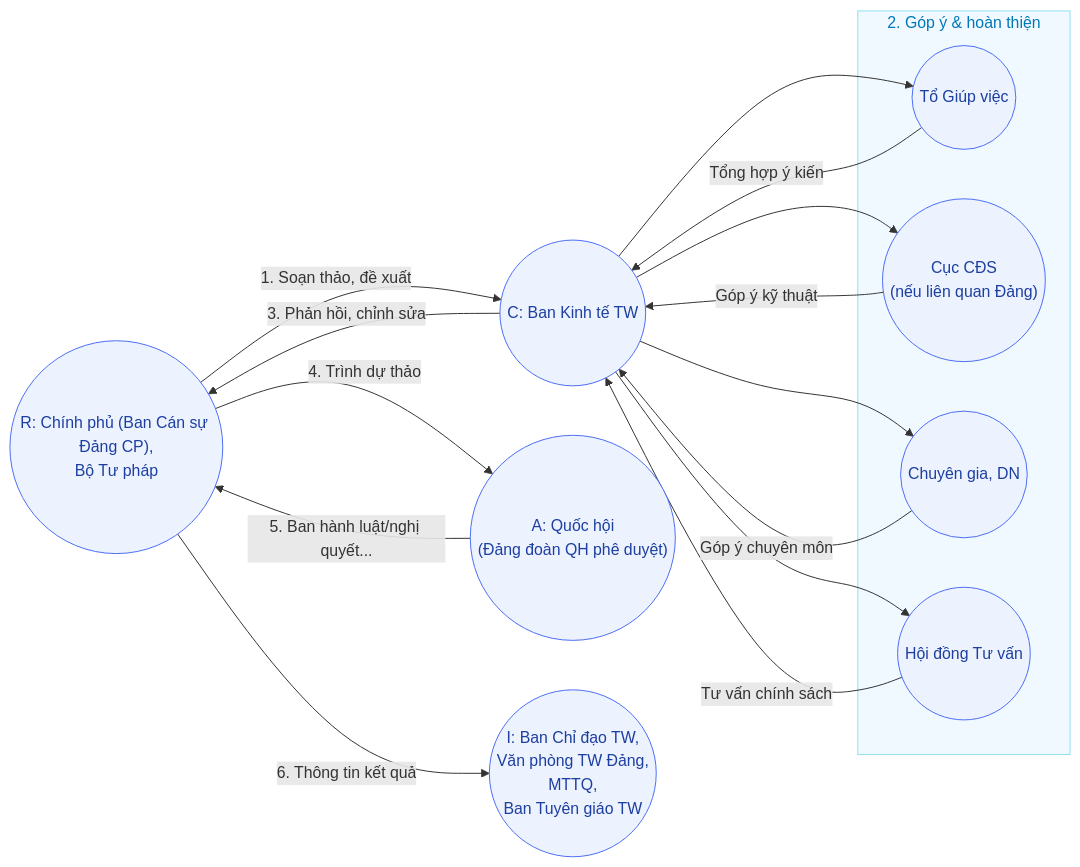
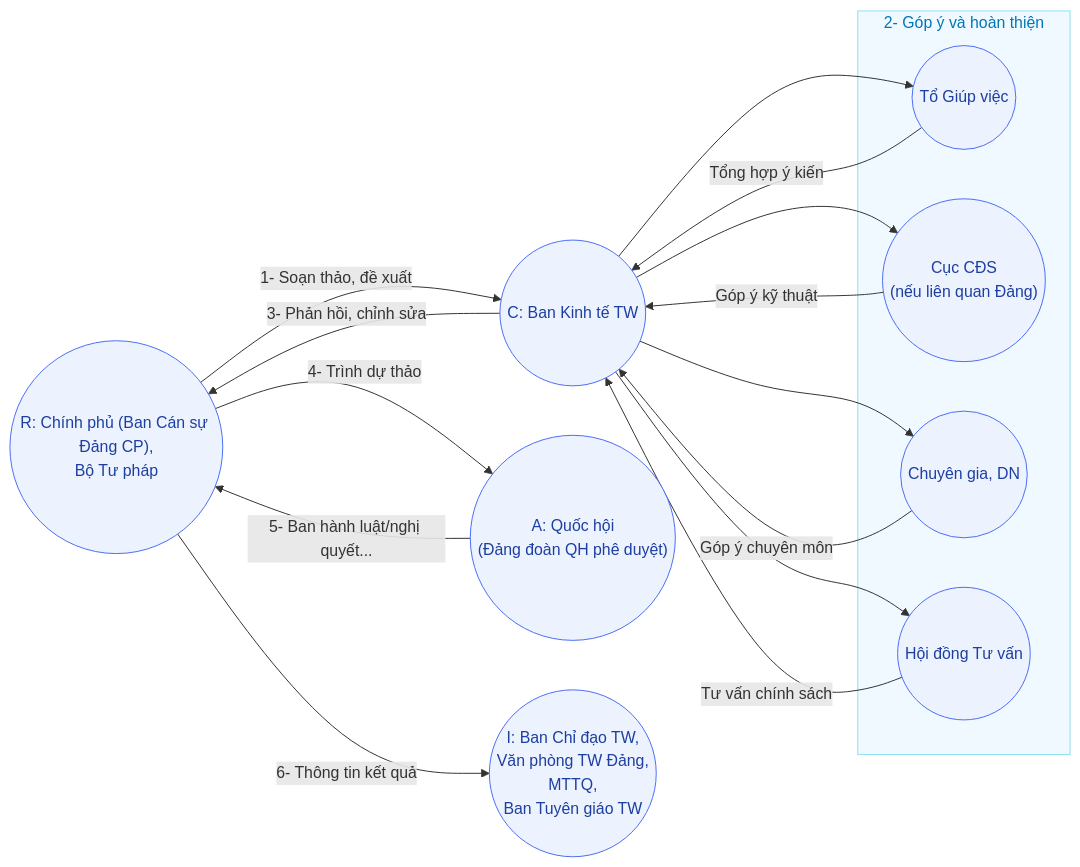
One commit to thetrungdtt/VNMasterplan changed the fourth of 11 diagrams in mo hinh to chuc.md. Above: the diagram before and after it, drawn with Mermaid. The commit also changed other lines of this file, not shown here.

````diff
--- a/mo hinh to chuc.md
+++ b/mo hinh to chuc.md
@@ -149,33 +149,34 @@
 ```mermaid
 
+
 flowchart LR
-    A(("R: Chính phủ (Ban Cán sự Đảng CP),<br/>Bộ Tư pháp")) -->|"1. Soạn thảo, đề xuất"| B(("C: Ban Kinh tế TW"))
+    A(("R: Chính phủ (Ban Cán sự Đảng CP),<br/>Bộ Tư pháp")) -->|"1- Soạn thảo, đề xuất"| B(("C: Ban Kinh tế TW"))
     
-    subgraph Step2["2. Góp ý & hoàn thiện"]
+    subgraph Step2["2- Góp ý và hoàn thiện"]
         B1(("Tổ Giúp việc"))
         B2(("Cục CĐS<br/>(nếu liên quan Đảng)"))
         B3(("Chuyên gia, DN"))
         B4(("Hội đồng Tư vấn"))
     end
     
     B --> B1
     B --> B2
     B --> B3
     B --> B4
     
     B1 -->|"Tổng hợp ý kiến"| B
     B2 -->|"Góp ý kỹ thuật"| B
     B3 -->|"Góp ý chuyên môn"| B
     B4 -->|"Tư vấn chính sách"| B
     
-    B -->|"3. Phản hồi, chỉnh sửa"| A
-    A -->|"4. Trình dự thảo"| C(("A: Quốc hội<br/>(Đảng đoàn QH phê duyệt)"))
-    C -->|"5. Ban hành luật/nghị quyết..."| A
-    A -->|"6. Thông tin kết quả"| D(("I: Ban Chỉ đạo TW,<br/>Văn phòng TW Đảng,<br/>MTTQ,<br/>Ban Tuyên giáo TW"))
+    B -->|"3- Phản hồi, chỉnh sửa"| A
+    A -->|"4- Trình dự thảo"| C(("A: Quốc hội<br/>(Đảng đoàn QH phê duyệt)"))
+    C -->|"5- Ban hành luật/nghị quyết..."| A
+    A -->|"6- Thông tin kết quả"| D(("I: Ban Chỉ đạo TW,<br/>Văn phòng TW Đảng,<br/>MTTQ,<br/>Ban Tuyên giáo TW"))
 
     classDef step fill:#f0f9ff,stroke:#90e0ef,stroke-width:1px,color:#0077b6
     classDef actor fill:#edf2ff,stroke:#4c6ef5,stroke-width:1px,color:#1c3fa0
     class A,B,C,D,B1,B2,B3,B4 actor
     class Step2 step
 
 ```
````
